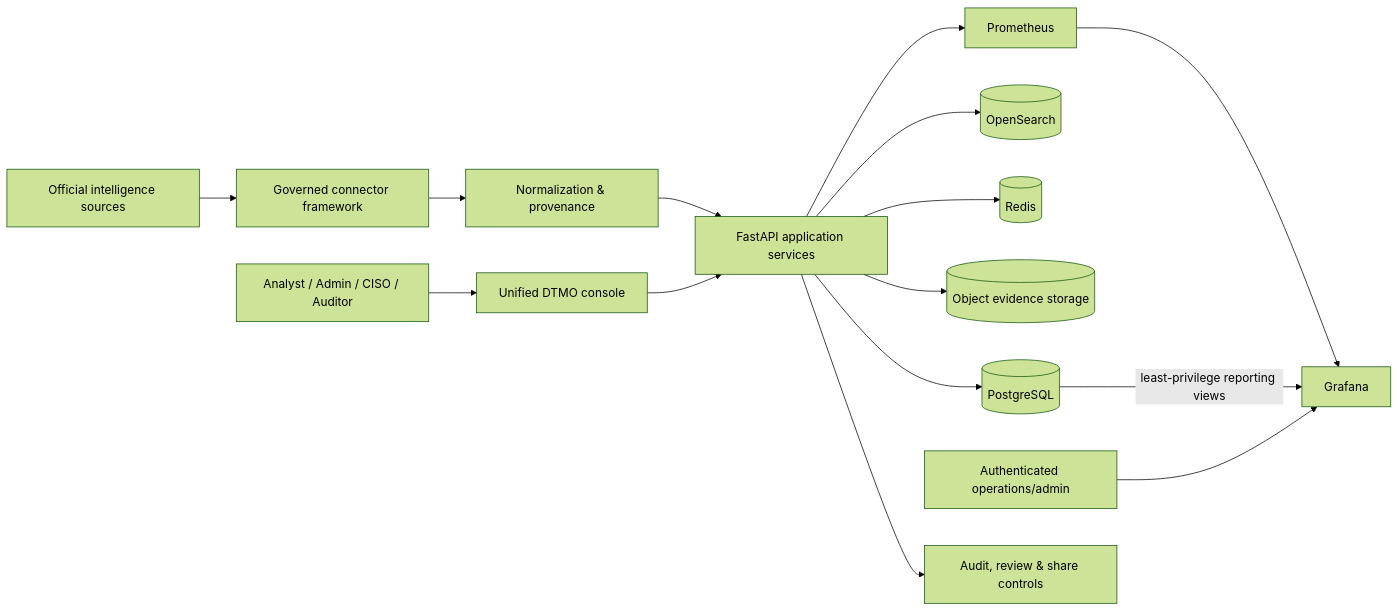
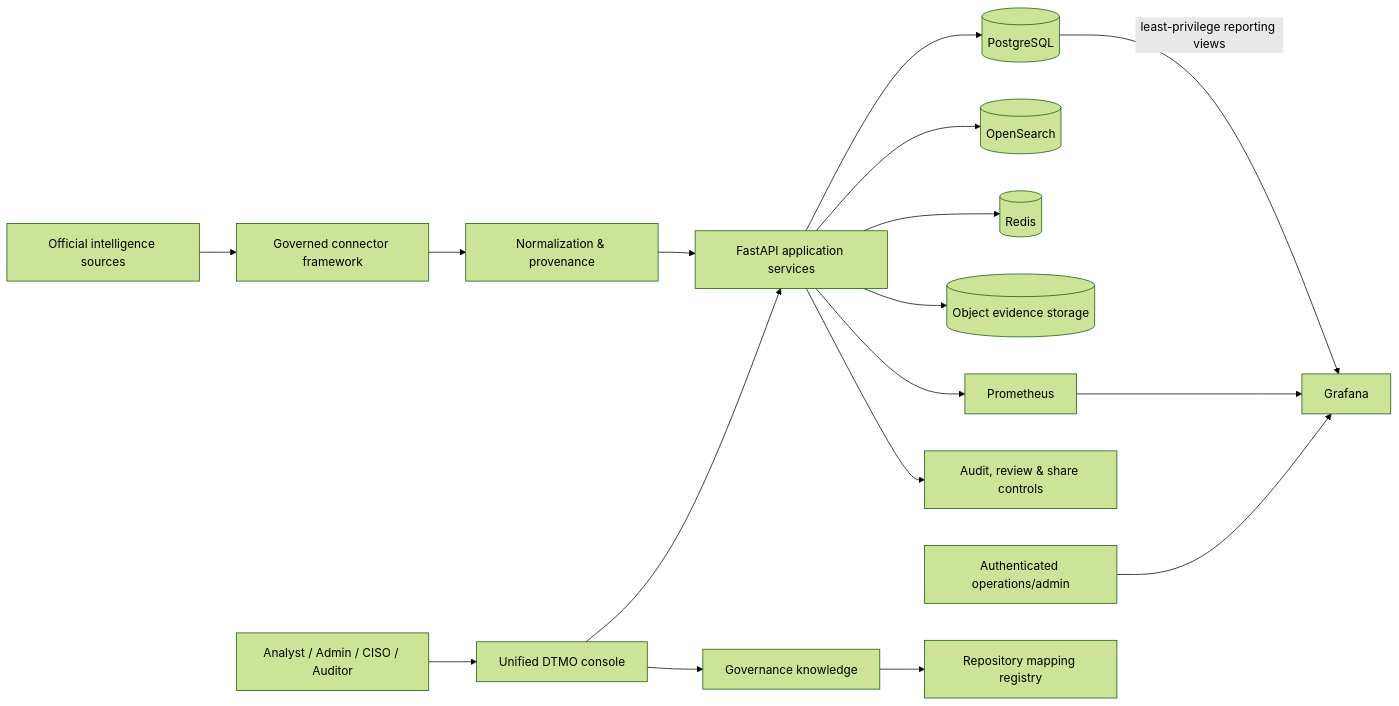
Before and after one commit to GJvManen/dtmo: the diagram in README.md, drawn with Mermaid (forest theme). The commit also changed other lines of this file, not shown here.

````diff
--- a/README.md
+++ b/README.md
@@ -28,21 +29,23 @@
 ```mermaid
 flowchart LR
     S[Official intelligence sources] --> C[Governed connector framework]
     C --> N[Normalization & provenance]
     N --> A[FastAPI application services]
 
     A --> P[(PostgreSQL)]
     A --> O[(OpenSearch)]
     A --> R[(Redis)]
     A --> M[(Object evidence storage)]
 
     A --> PR[Prometheus]
     PR --> G[Grafana]
     P -->|least-privilege reporting views| G
 
     U[Analyst / Admin / CISO / Auditor] --> UI[Unified DTMO console]
     UI --> A
+    UI --> GK[Governance knowledge]
+    GK --> GR[Repository mapping registry]
     OPS[Authenticated operations/admin] --> G
 
     A --> AUD[Audit, review & share controls]
 ```
````
